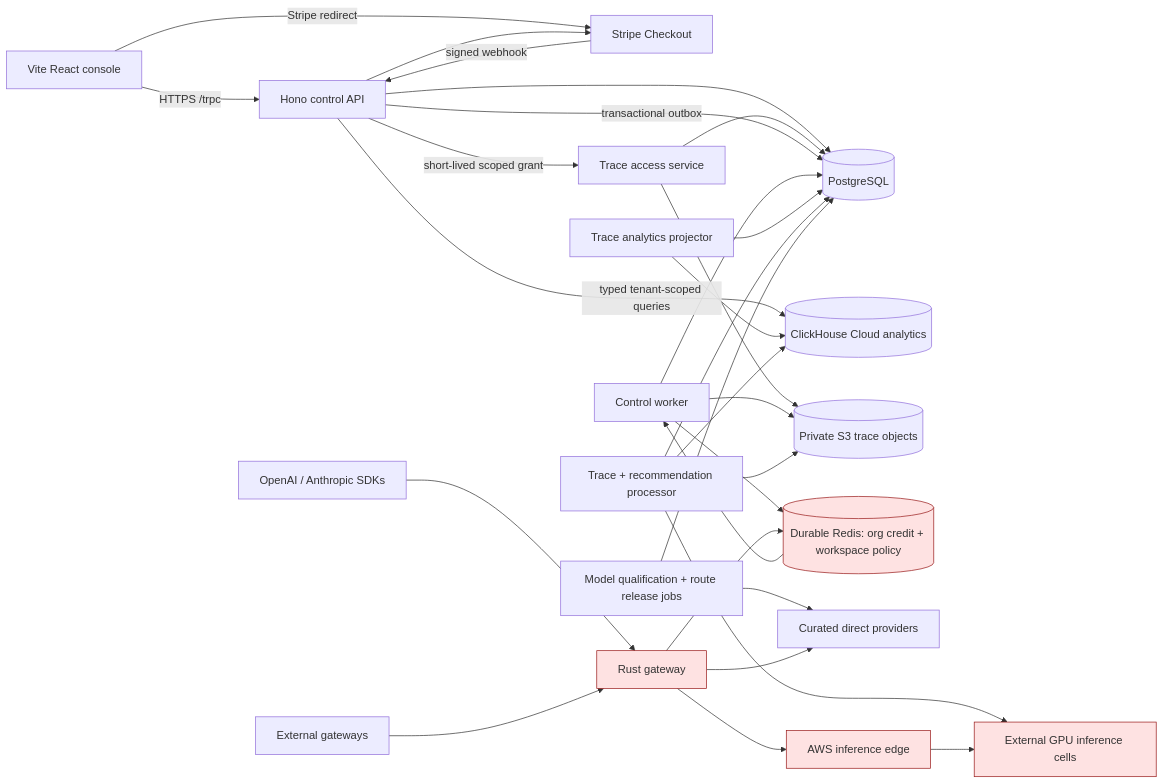
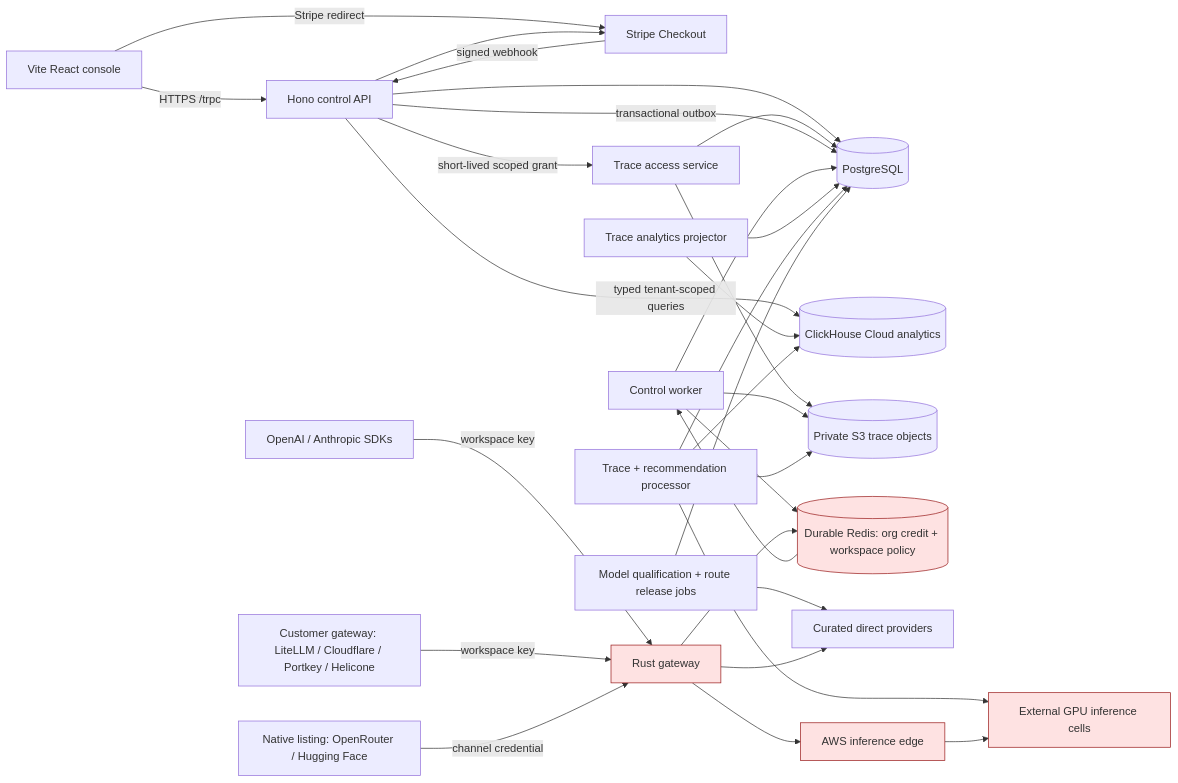
The first of 2 diagrams in product/docs/ARCHITECTURE.md (Gradiated/gradiated), drawn with Mermaid before and after one commit. The commit also changed other lines of this file and 10 other files, not shown here.

````diff
--- a/product/docs/ARCHITECTURE.md
+++ b/product/docs/ARCHITECTURE.md
@@ -5,35 +5,36 @@
 ```mermaid
 flowchart LR
   Browser[Vite React console] -->|HTTPS /trpc| API[Hono control API]
   Browser -->|Stripe redirect| Stripe[Stripe Checkout]
   API --> PG[(PostgreSQL)]
   API -->|typed tenant-scoped queries| CH[(ClickHouse Cloud analytics)]
   API -->|short-lived scoped grant| TraceAccess[Trace access service]
   TraceAccess --> Traces[(Private S3 trace objects)]
   TraceAccess --> PG
   API --> Stripe
   Stripe -->|signed webhook| API
   API -->|transactional outbox| PG
   Worker[Control worker] --> PG
   Worker --> Redis[(Durable Redis: org credit + workspace policy)]
   Redis --> Worker
   Worker --> Traces
   Projector[Trace analytics projector] --> PG
   Projector --> CH
   TraceProcessor[Trace + recommendation processor] --> Traces
   TraceProcessor --> CH
   TraceProcessor --> PG
   TraceProcessor --> Owned[Owned inference evaluation]
   ModelOps[Model qualification + route release jobs] --> PG
   ModelOps --> Providers
 
-  Clients[OpenAI / Anthropic SDKs] --> Gateway[Rust gateway]
-  External[External gateways] --> Gateway
+  Clients[OpenAI / Anthropic SDKs] -->|workspace key| Gateway[Rust gateway]
+  CustomerGateway[Customer gateway: LiteLLM / Cloudflare / Portkey / Helicone] -->|workspace key| Gateway
+  NativeChannel[Native listing: OpenRouter / Hugging Face] -->|channel credential| Gateway
   Gateway --> Redis
   Gateway --> Providers[Curated direct providers]
   Gateway --> Edge[AWS inference edge]
   Edge --> Owned[External GPU inference cells]
 
   classDef hot fill:#fee2e2,stroke:#991b1b;
   class Gateway,Redis,Edge,Owned hot;
 ```
````
